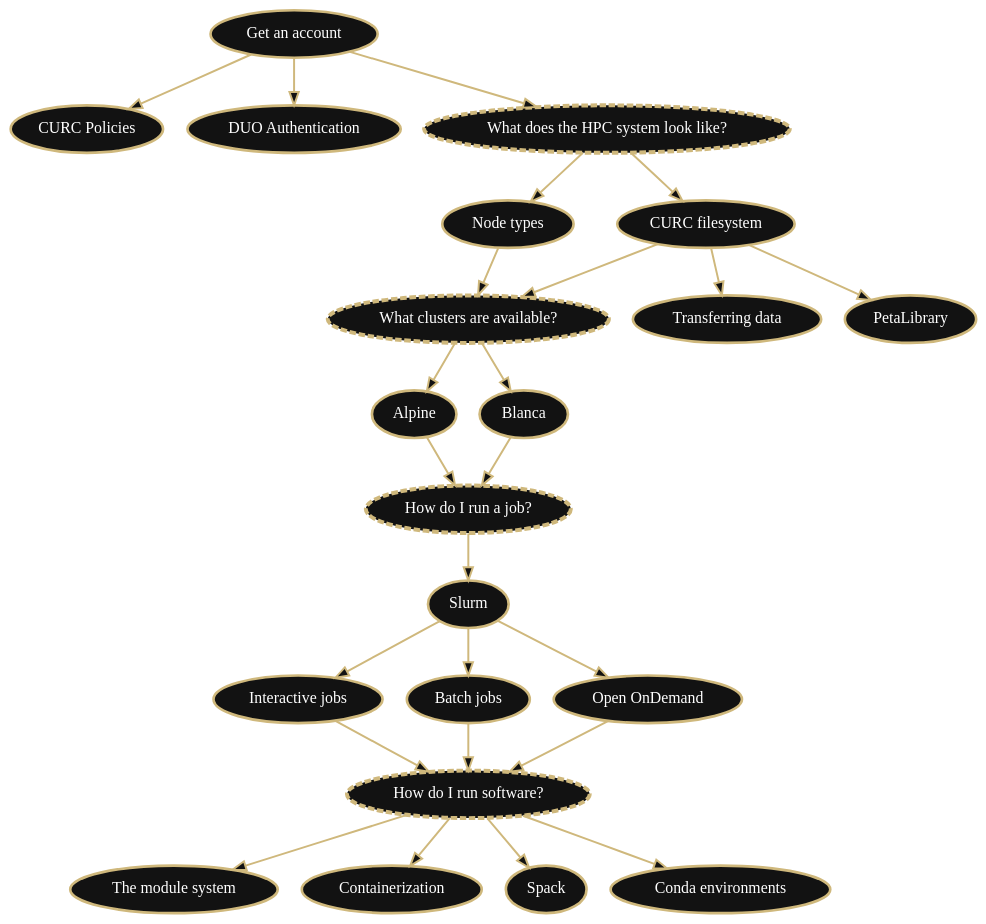
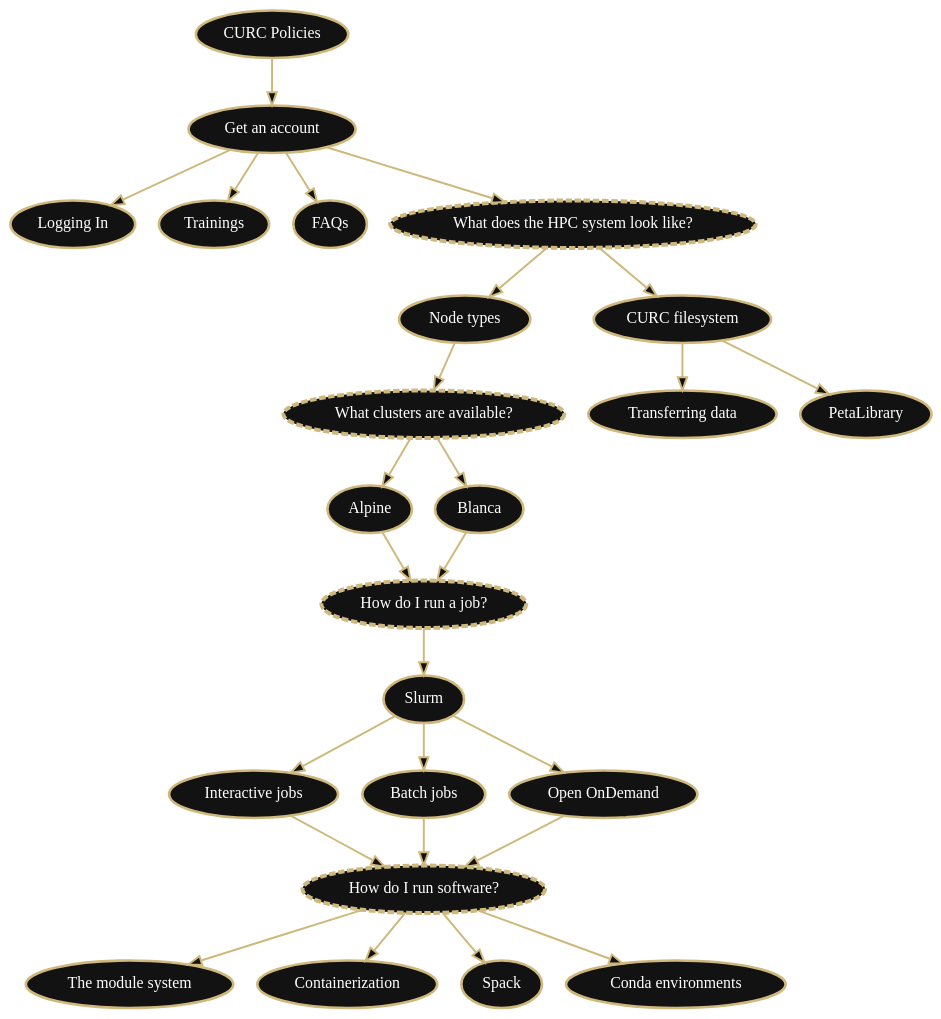
The diagram in igraphviz_flowcharts/dot_files/getting_started_hpc_flowchart.dot (ResearchComputing/Documentation), drawn with Graphviz before and after one commit. The commit also changed 2 other files, not shown here.

Commit message:
add intro paragraphs to getting started page and modify hpc flowchart

```diff
--- a/igraphviz_flowcharts/dot_files/getting_started_hpc_flowchart.dot
+++ b/igraphviz_flowcharts/dot_files/getting_started_hpc_flowchart.dot
@@ -1,54 +1,57 @@
 digraph "" {
          bgcolor="transparent";
          ranksep="0.5 equally";
          graph [id="gs-flowchart"];
          node [fontname="Verdana", fontsize="12", color="#CFB87C", style="filled", fillcolor="#121212", penwidth="2", fontcolor="white"];
          edge [color="#CFB87C", fillcolor="#121212", penwidth="1.5"];
 
-         logging_in [label="Get an account", href="./access/logging-in.html", target="_blank", id="clickable"];
          policies [label="CURC Policies", href="./additional-resources/policies.html", target="_blank", id="clickable"];
-         duo [label="DUO Authentication", href="./access/duo-2-factor-authentication.html", target="_blank", id="clickable"];
+         get_an_account [label="Get an account", href="./access/logging-in.html", target="_blank", id="clickable"];
+         logging_in [label="Logging In", href="./access/logging-in.html", target="_blank", id="clickable"];
+         training [label="Trainings", href="./access/logging-in.html", target="_blank", id="clickable"];
+         faq [label="FAQs", href="./access/logging-in.html", target="_blank", id="clickable"];
          compute_env [label="What does the HPC system look like?", style="filled,dashed", penwidth="3"];
          running_jobs [label="How do I run a job?", style="filled,dashed", penwidth="3"];
          clusters [label="What clusters are available?", style="filled,dashed", penwidth="3"];
          node_type [label="Node types", href="./compute/node-types.html", target="_blank", id="clickable"];
          filesystem [label="CURC filesystem", href="./compute/filesystems.html", target="_blank", id="clickable"];
          data_transfer [label="Transferring data", href="./compute/data-transfer.html", target="_blank", id="clickable"];
          petalibrary [label="PetaLibrary", href="./storage/petalibrary/index.html", target="_blank", id="clickable"];
          alpine [label="Alpine", href="./clusters/alpine/index.html", target="_blank", id="clickable"];
          blanca [label="Blanca", href="./clusters/blanca/blanca.html", target="_blank", id="clickable"];
          slurm [label="Slurm", href="./running-jobs/job-resources.html", target="_blank", id="clickable"];
          interactive [label="Interactive jobs", href="./running-jobs/interactive-jobs.html", target="_blank", id="clickable"];
          batch [label="Batch jobs", href="./running-jobs/batch-jobs.html", target="_blank", id="clickable"];
          ood [label="Open OnDemand", href="./open_ondemand/index.html", target="_blank", id="clickable"];
          using_software [label="How do I run software?", style="filled,dashed", penwidth="3"];
          modules [label="The module system", href="./compute/modules.html", target="_blank", id="clickable"];
          container [label="Containerization", href="./software/containerization.html", target="_blank", id="clickable"];
          spack [label="Spack", href="./software/spack.html", target="_blank", id="clickable"];
          conda [label="Conda environments", href="./software/python.html", target="_blank", id="clickable"];
 
-         logging_in -> policies;
-         logging_in -> duo;
-         logging_in -> compute_env;
+         policies -> get_an_account; 
+         get_an_account -> logging_in;
+         get_an_account -> training;
+         get_an_account -> faq;
+         get_an_account -> compute_env;
          compute_env -> node_type;
          compute_env -> filesystem;
          filesystem -> data_transfer;
          filesystem -> petalibrary;
-         filesystem -> clusters;
          node_type -> clusters;
          clusters -> alpine;
          clusters -> blanca;
          alpine -> running_jobs;
          blanca -> running_jobs;
          running_jobs -> slurm;
          slurm -> interactive;
          slurm -> batch;
          slurm -> ood;
          interactive -> using_software;
          batch -> using_software;
          ood -> using_software;
          using_software -> modules;
          using_software -> container;
          using_software -> spack;
          using_software -> conda;
      }
```
